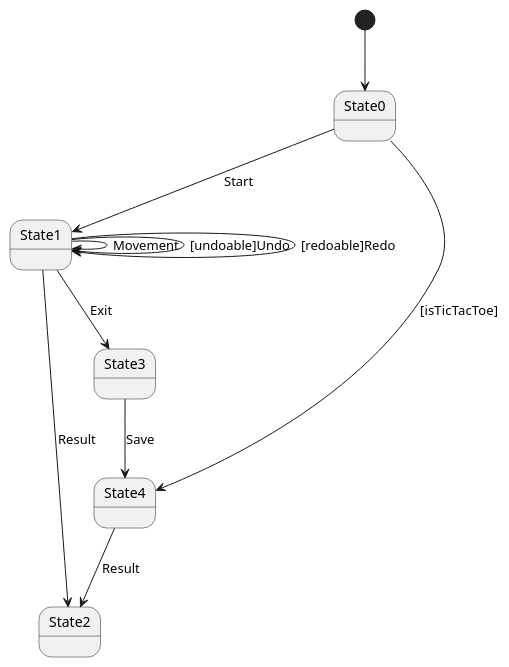
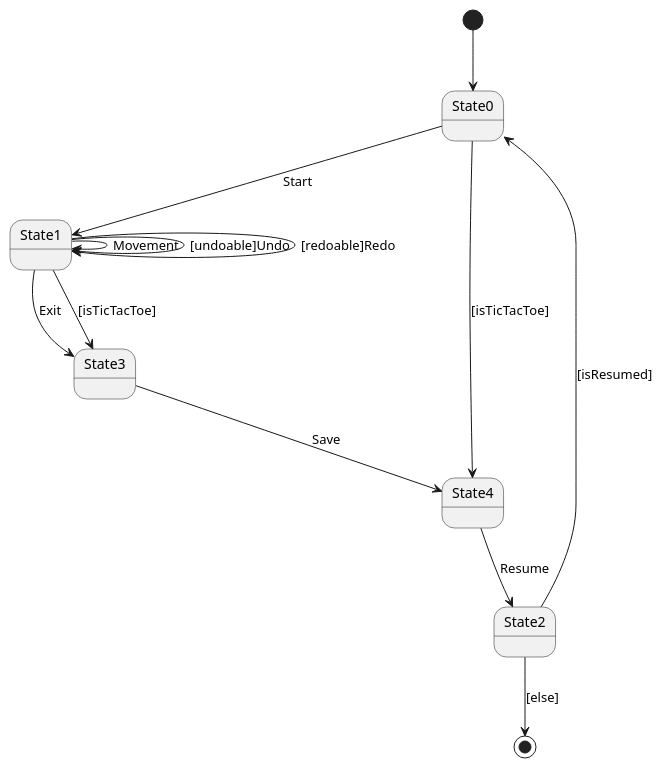
Before and after one commit to x-USantaTecla-game-ticTacToe/requirements: the second of 2 diagrams in src/docs/asciidoc/index.adoc, drawn with PlantUML. The commit also changed other lines of this file and 5 other files, not shown here.

```diff
--- a/src/docs/asciidoc/index.adoc
+++ b/src/docs/asciidoc/index.adoc
@@ -60,14 +60,16 @@
 [plantuml,diagramaContexto,svg]
 ....
 
 [*] --> State0
 State0 --> State1 : Start
 State1 --> State1 : Movement
 State1 --> State1 : [undoable]Undo
 State1 --> State1 : [redoable]Redo
 State1 --> State3 : Exit
 State3 --> State4 : Save
+State1 --> State3 : [isTicTacToe]
 State0 --> State4 : [isTicTacToe]
-State1 --> State2 : Result
-State4 --> State2 : Result
+State2 --> State0 : [isResumed]
+State4 --> State2 : Resume
+State2 --> [*] : [else]
 ....
```
